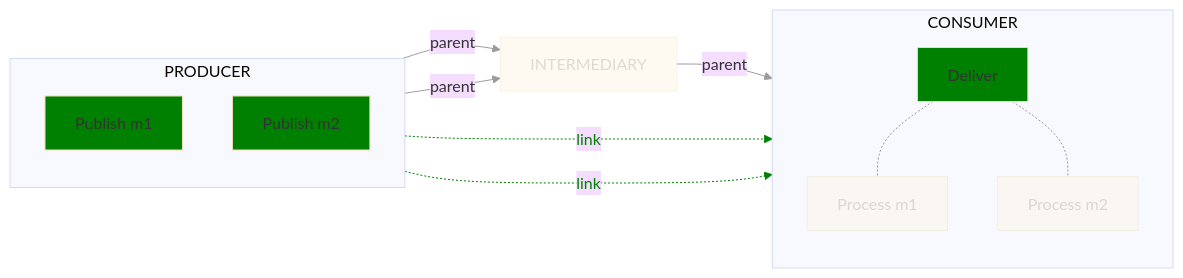
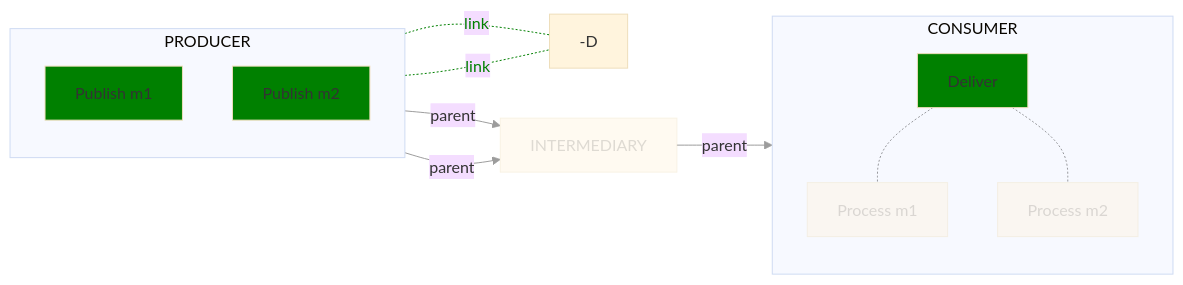
One commit to open-telemetry/oteps changed diagram 12 of 12 in text/trace/0220-messaging-semantic-conventions-span-structure.md. Above: the diagram before and after it, drawn with Mermaid (base theme). The commit also changed other lines of this file, not shown here.

````diff
--- a/text/trace/0220-messaging-semantic-conventions-span-structure.md
+++ b/text/trace/0220-messaging-semantic-conventions-span-structure.md
@@ -602,25 +603,25 @@
 ```mermaid
 flowchart LR;
   subgraph PRODUCER
   direction TB
   PM1[Publish m1]
   PM2[Publish m2]
   end
   subgraph CONSUMER
   direction TB
   D[Deliver]-.-PRM1[Process m1]
   D-.-PRM2[Process m2]
   end
-  PM1-. link .->D;
-  PM2-. link .->D;
+  PM1-. link .--D;
+  PM2-. link .--D;
   PM1-- parent -->INTERMEDIARY;
   PM2-- parent -->INTERMEDIARY;
   INTERMEDIARY-- parent -->D;
 
   classDef normal fill:green
   class PM1,PM2,D normal
   classDef additional opacity:0.4
   class INTERMEDIARY,PRM1,PRM2 additional
   linkStyle 0,1,4,5,6 opacity:0.4
   linkStyle 2,3 color:green,stroke:green
 ```
````
